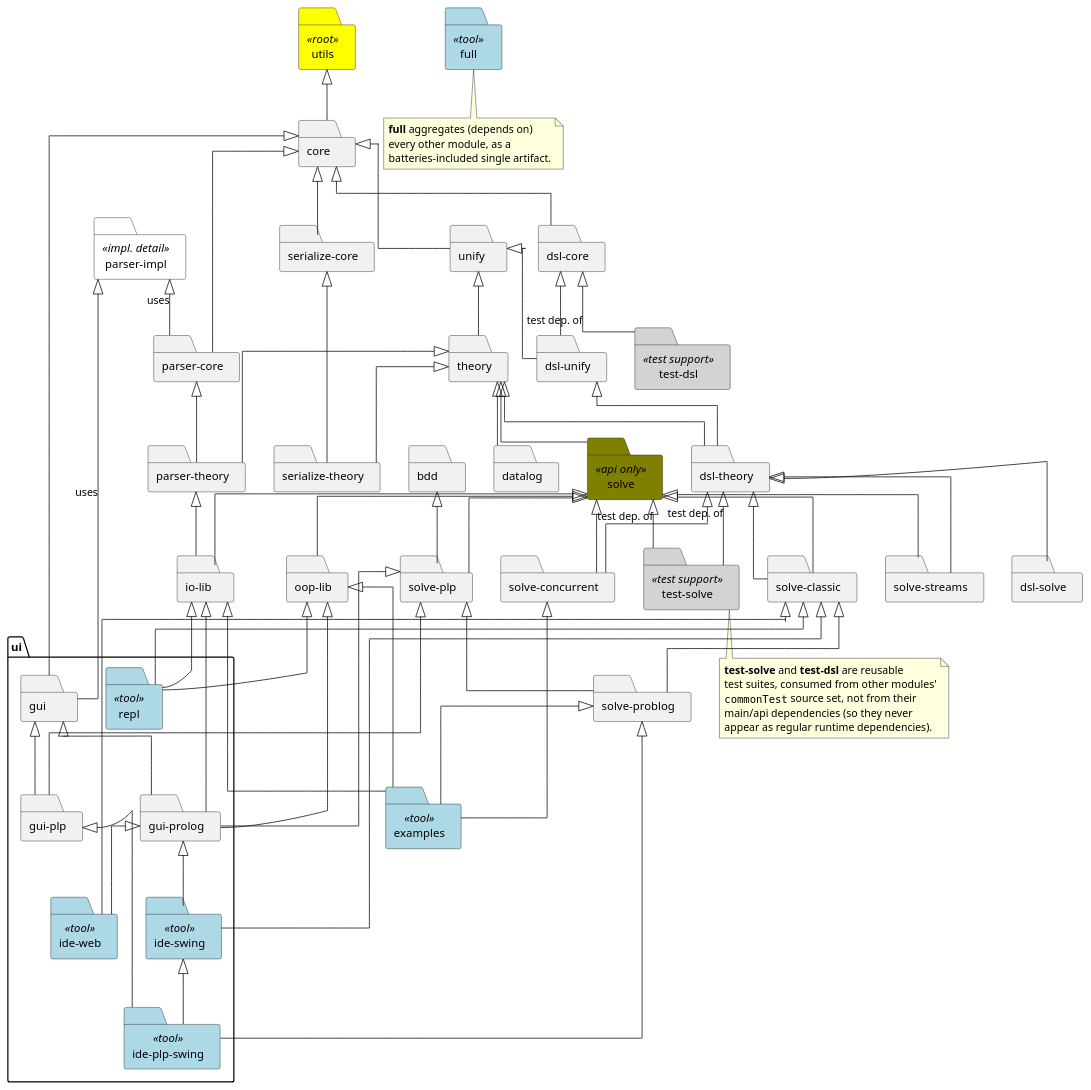
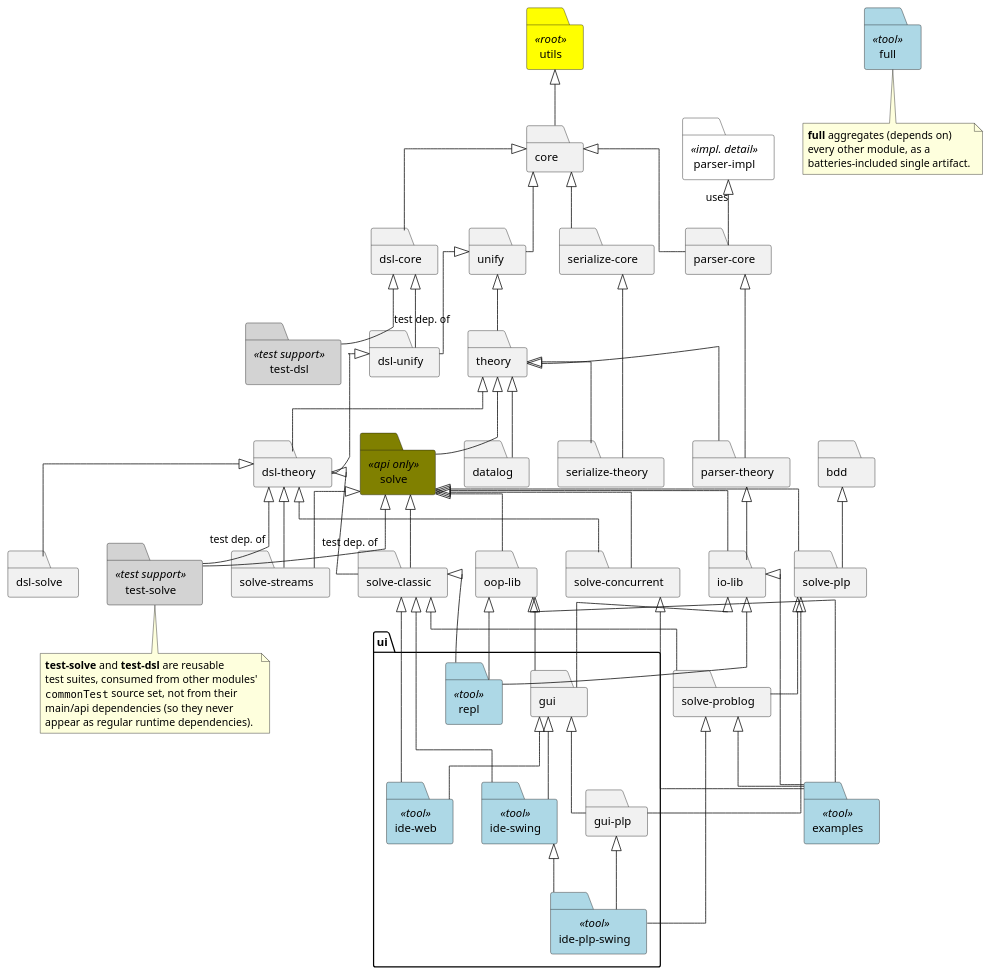
Before and after one commit to tuProlog/2p-kt: the diagram in documentation/diagrams/project-map.puml, drawn with PlantUML. The commit also changed 22 other files, not shown here.

First line of the commit message:
refactor(gui): merge :gui-prolog into :gui, decouple probabilistic solving

```diff
--- a/documentation/diagrams/project-map.puml
+++ b/documentation/diagrams/project-map.puml
@@ -1,159 +1,153 @@
 @startuml
 top to bottom direction
 skinparam shadowing false
 skinparam linetype ortho
 
 skinparam folder {
   BackgroundColor<<root>> yellow
   BackgroundColor<<api only>> olive
   BackgroundColor<<impl. detail>> white
   BackgroundColor<<test support>> lightgray
   BackgroundColor<<tool>> lightblue
 }
 
 folder "utils" <<root>>
 folder "core"
 folder "unify"
 folder "theory"
 folder "datalog"
 folder "bdd"
 
 folder "dsl-core" as DC
 folder "dsl-unify" as DU
 folder "dsl-theory" as DT
 folder "dsl-solve" as DS
 
 folder "solve" <<api only>>
 folder "solve-classic" as SC
 folder "solve-streams" as SS
 folder "solve-concurrent" as SCON
 folder "solve-plp" as SPLP
 folder "solve-problog" as SPL
 
 folder "parser-core" as PC
 folder "parser-impl" <<impl. detail>> as PI
 folder "parser-theory" as PT
 
 folder "serialize-core" as SRC
 folder "serialize-theory" as SRT
 
 folder "test-solve" <<test support>> as TS
 folder "test-dsl" <<test support>> as TD
 
 folder "oop-lib" as OOP
 folder "io-lib" as IO
 
 ' All modules physically living under ui/ in the repo, grouped together.
 package "ui" {
   folder "repl" <<tool>>
   folder "gui" as GUI
-  folder "gui-prolog" as GP
   folder "gui-plp" as GPLP
   folder "ide-swing" <<tool>> as IDESW
   folder "ide-plp-swing" <<tool>> as IDEPLPSW
   folder "ide-web" <<tool>> as IDEWEB
 }
 
 folder "examples" <<tool>>
 folder "full" <<tool>>
 
 ' Edges below are a transitive reduction: only direct dependencies not already implied
 ' by another shown path are drawn (e.g. solve -> theory is enough, since theory already
 ' implies unify and core).
 
 ' -- Foundation --
 utils <|-down- core
 
 ' -- Unification & theories --
 core <|-down- unify
 unify <|-down- theory
 theory <|-down- datalog
 
 ' -- Kotlin DSL --
 core <|-down- DC
 DC <|-down- DU
 unify <|-down- DU
 DU <|-down- DT
 theory <|-down- DT
 DT <|-down- DS
 
 ' -- Resolution (solve) --
 theory <|-down- solve
 solve <|-down- SC
 DT <|-down- SC
 solve <|-down- SS
 DT <|-down- SS
 solve <|-down- SCON
 DT <|-down- SCON
 solve <|-down- SPLP
 bdd <|-down- SPLP
 SC <|-down- SPL
 SPLP <|-down- SPL
 
 ' -- Parsing --
 core <|-down- PC
 PI <|-down- PC : uses
 theory <|-down- PT
 PC <|-down- PT
 
 ' -- Serialization --
 core <|-down- SRC
 theory <|-down- SRT
 SRC <|-down- SRT
 
 ' -- Test-support modules (consumed from `commonTest`, not from `commonMain`) --
 solve <|-down- TS : test dep. of
 DT <|-down- TS : test dep. of
 DC <|-down- TD : test dep. of
 
 ' -- Libraries --
 solve <|-down- OOP
 solve <|-down- IO
 PT <|-down- IO
 
 ' -- UI toolkit & apps (ui/) --
 OOP <|-down- "repl"
 IO <|-down- "repl"
 SC <|-down- "repl"
 
-core <|-down- GUI
-PI <|-down- GUI : uses
-
-GUI <|-down- GP
-SPLP <|-down- GP
-IO <|-down- GP
-OOP <|-down- GP
+IO <|-down- GUI
+OOP <|-down- GUI
 
 GUI <|-down- GPLP
 SPLP <|-down- GPLP
 
-GP <|-down- IDESW
+GUI <|-down- IDESW
 SC <|-down- IDESW
 
 GPLP <|-down- IDEPLPSW
 IDESW <|-down- IDEPLPSW
 SPL <|-down- IDEPLPSW
 
-GP <|-down- IDEWEB
+GUI <|-down- IDEWEB
 SC <|-down- IDEWEB
 
 ' -- Tools --
 SCON <|-down- "examples"
 SPL <|-down- "examples"
 IO <|-down- "examples"
 OOP <|-down- "examples"
 
 note bottom of TS
   **test-solve** and **test-dsl** are reusable
   test suites, consumed from other modules'
   ""commonTest"" source set, not from their
   main/api dependencies (so they never
   appear as regular runtime dependencies).
 end note
 
 note bottom of "full"
   **full** aggregates (depends on)
   every other module, as a
   batteries-included single artifact.
 end note
 @enduml
```
